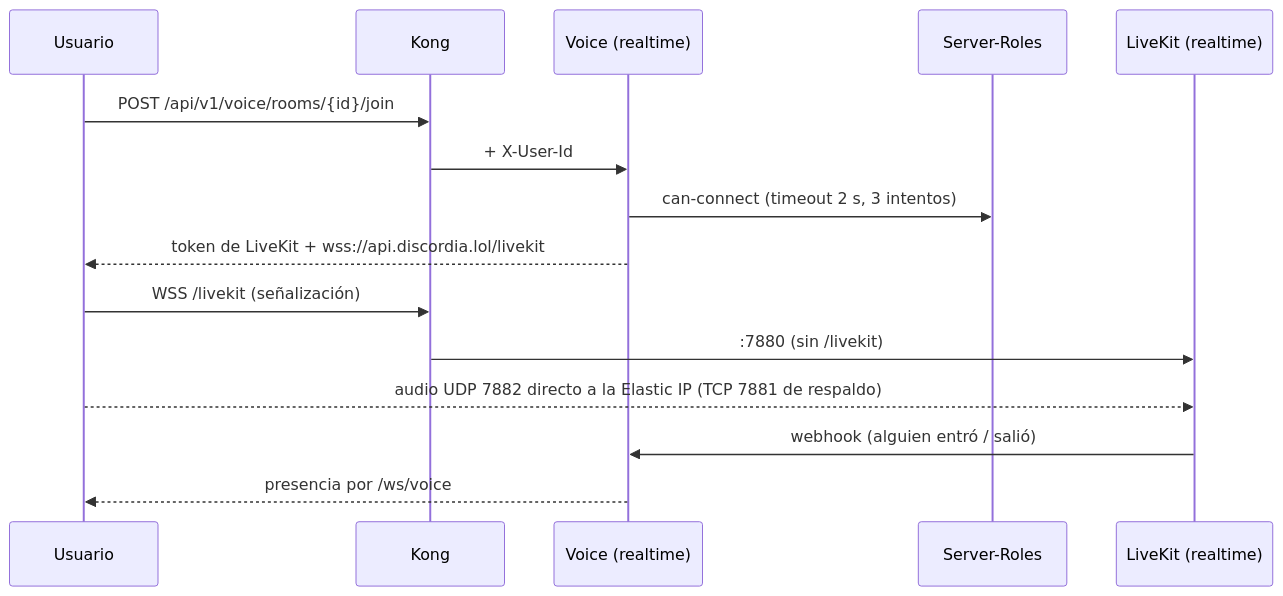
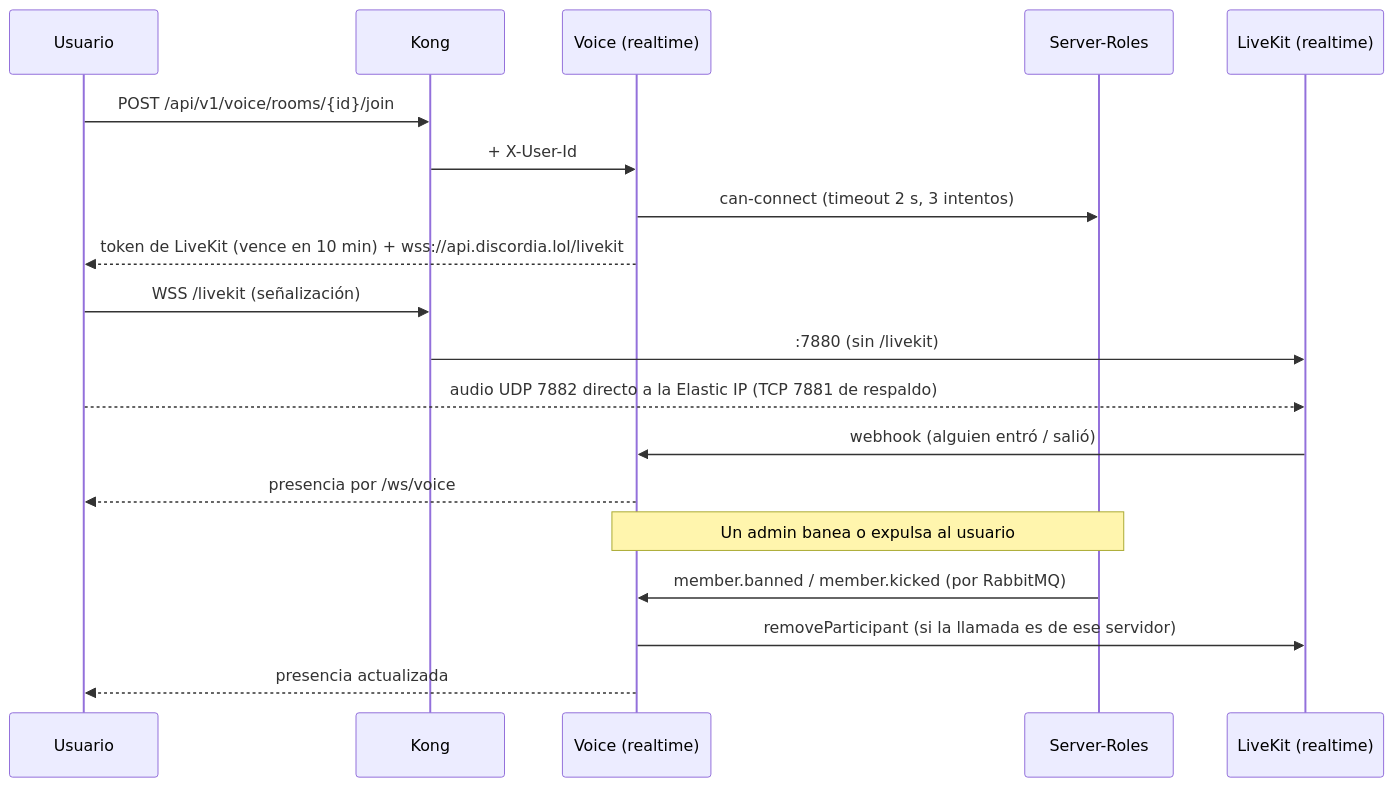
The fifth of 6 diagrams in docs/ARQUITECTURA.md (discordia-g12/discordia-orchestrator), drawn with Mermaid before and after one commit. The commit also changed other lines of this file and 3 other files, not shown here.

````diff
--- a/docs/ARQUITECTURA.md
+++ b/docs/ARQUITECTURA.md
@@ -365,18 +373,23 @@
 ```mermaid
 sequenceDiagram
     participant U as Usuario
     participant K as Kong
     participant V as Voice (realtime)
     participant SR as Server-Roles
     participant LK as LiveKit (realtime)
 
     U->>K: POST /api/v1/voice/rooms/{id}/join
     K->>V: + X-User-Id
     V->>SR: can-connect (timeout 2 s, 3 intentos)
-    V-->>U: token de LiveKit + wss://api.discordia.lol/livekit
+    V-->>U: token de LiveKit (vence en 10 min) + wss://api.discordia.lol/livekit
     U->>K: WSS /livekit (señalización)
     K->>LK: :7880 (sin /livekit)
     U-->>LK: audio UDP 7882 directo a la Elastic IP (TCP 7881 de respaldo)
     LK->>V: webhook (alguien entró / salió)
     V-->>U: presencia por /ws/voice
+
+    Note over SR,V: Un admin banea o expulsa al usuario
+    SR->>V: member.banned / member.kicked (por RabbitMQ)
+    V->>LK: removeParticipant (si la llamada es de ese servidor)
+    V-->>U: presencia actualizada
 ```
````
